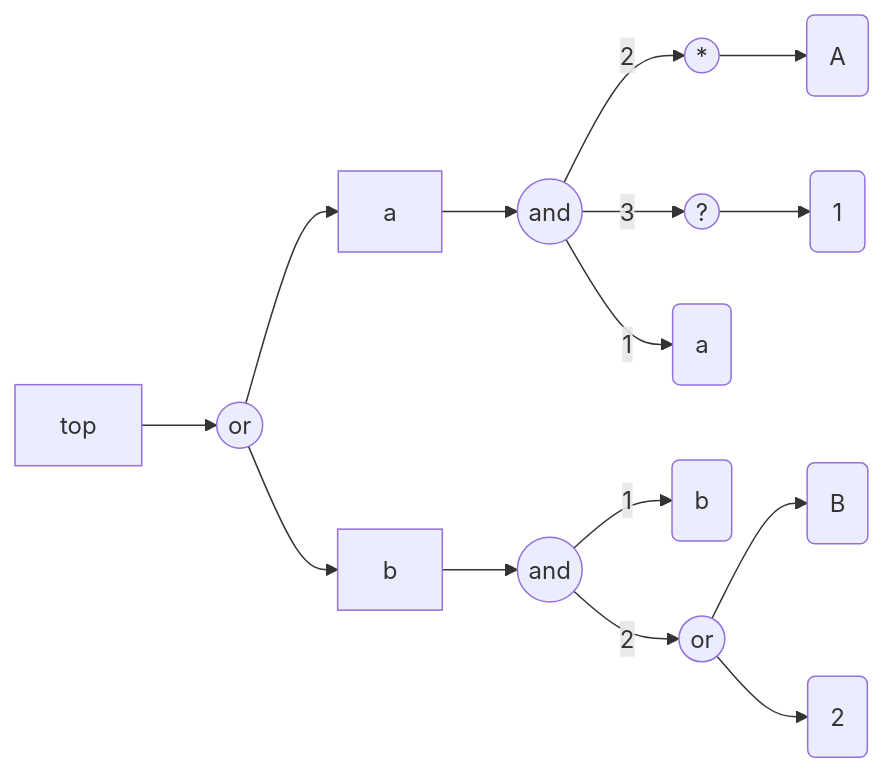
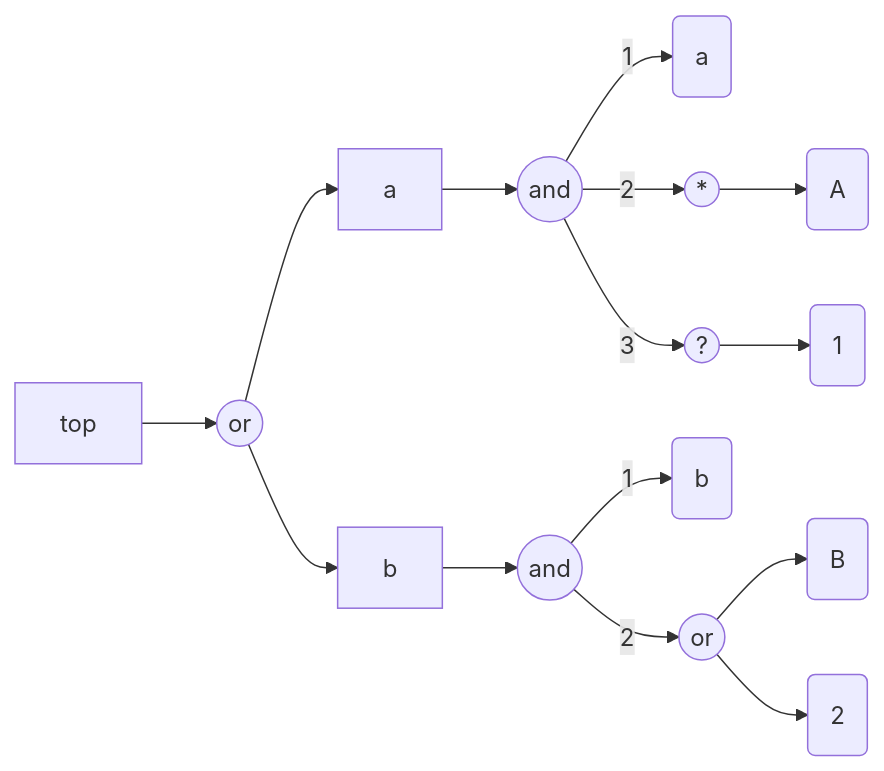
The fifth of 10 diagrams in Articles/Graph-representation-of-grammars.md (antononcube/RakuForPrediction-book), drawn with Mermaid before and after one commit. The commit also changed other lines of this file and 1 other file, not shown here.

Commit message:
docs:Added LLMs section. Better diagrams and explanations.

````diff
--- a/Articles/Graph-representation-of-grammars.md
+++ b/Articles/Graph-representation-of-grammars.md
@@ -101,32 +112,32 @@
 ```mermaid
 graph LR
+	T:2("2")
+	opt9((?))
+	T:1("1")
+	T:A("A")
 	rep7((*))
+	alt1((or))
 	alt14((or))
-	T:1("1")
+	seq5((and))
+	T:B("B")
+	NT:b["b"]
 	seq12((and))
+	T:a("a")
 	NT:top["top"]
-	alt1((or))
-	T:a("a")
+	NT:a["a"]
 	T:b("b")
-	T:B("B")
-	NT:a["a"]
-	seq5((and))
-	opt9((?))
-	T:A("A")
-	NT:b["b"]
-	T:2("2")
 	alt1 --> NT:a
 	alt1 --> NT:b
 	NT:top --> alt1
 	rep7 --> T:A
 	opt9 --> T:1
 	seq5 --> |1|T:a
 	seq5 --> |2|rep7
 	seq5 --> |3|opt9
 	NT:a --> seq5
 	alt14 --> T:B
 	alt14 --> T:2
 	seq12 --> |1|T:b
 	seq12 --> |2|alt14
 	NT:b --> seq12
 ```
````
